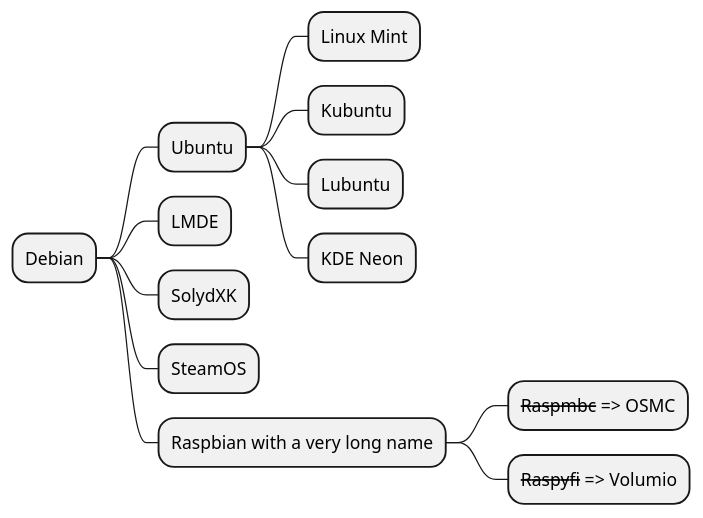
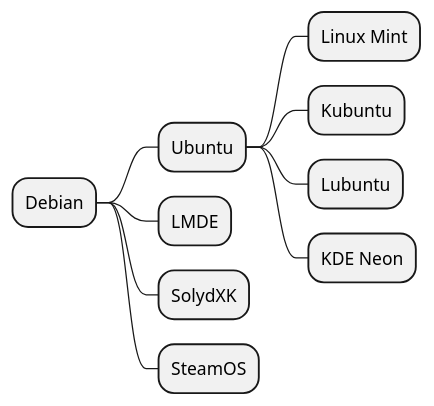
The diagram in systemuml.wsd (prash85/Overkill-3D-ArduinoControl), drawn with PlantUML before and after one commit. The commit also changed 1 other file, not shown here.

```diff
--- a/systemuml.wsd
+++ b/systemuml.wsd
@@ -1,14 +1,13 @@
 @startmindmap name
 * Debian
 ** Ubuntu
 *** Linux Mint
 *** Kubuntu
 *** Lubuntu
 *** KDE Neon
 ** LMDE
 ** SolydXK
 ** SteamOS
-** Raspbian with a very long name
-*** <s>Raspmbc</s> => OSMC
-*** <s>Raspyfi</s> => Volumio
+
+
 @endmindmap
```
